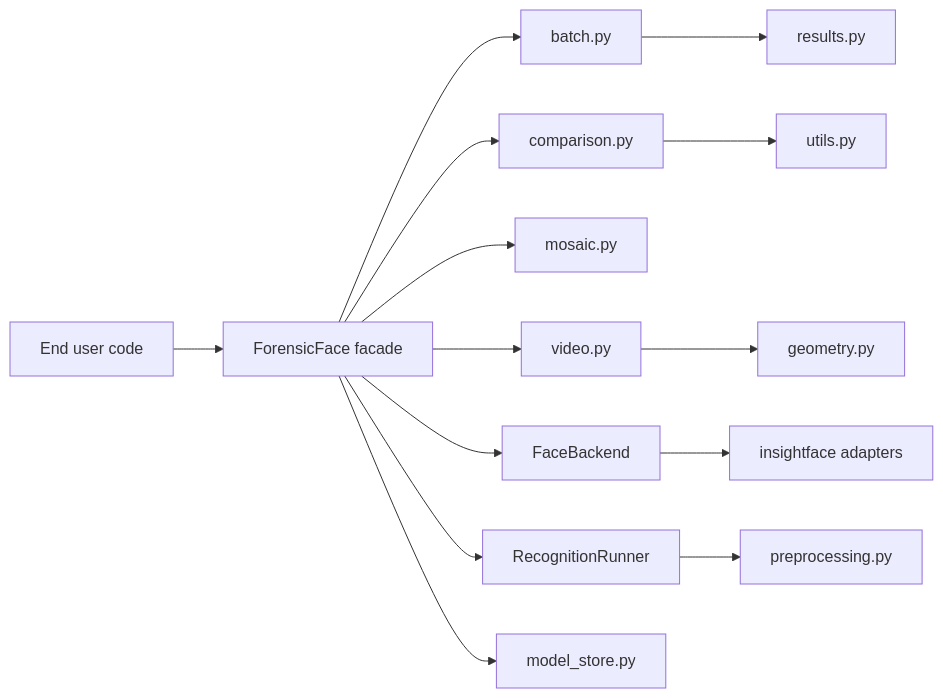
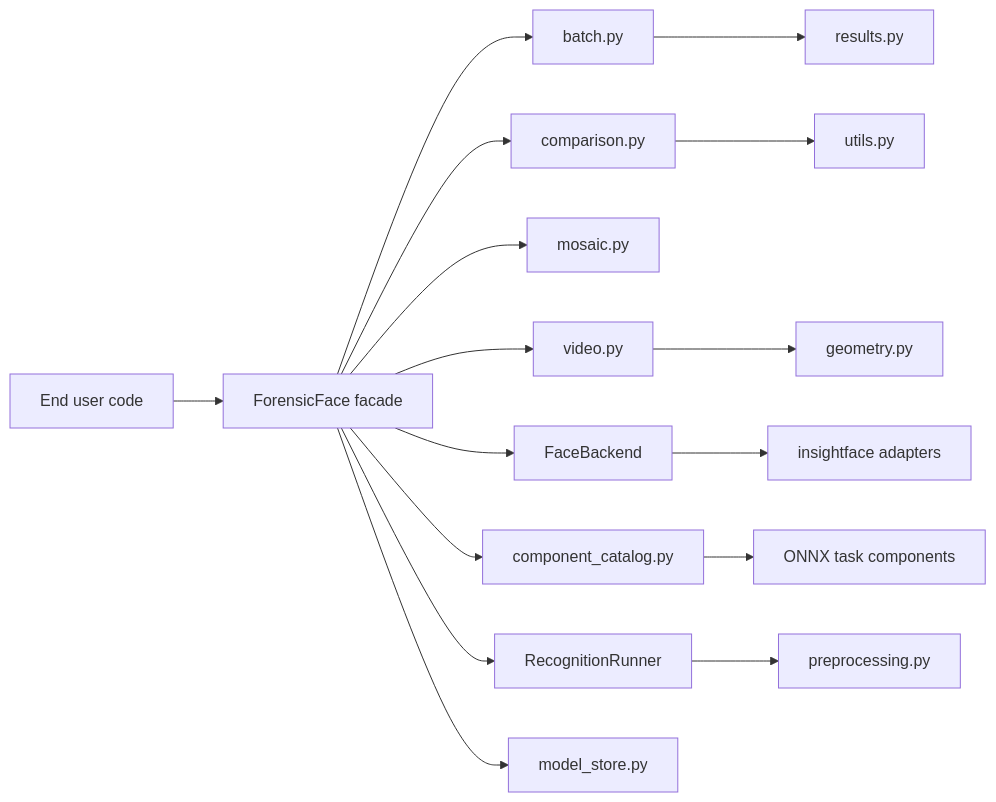
One commit to rafribeiro/forensicface changed the first of 4 diagrams in docs/architecture.md. Above: the diagram before and after it, drawn with Mermaid. The commit also changed other lines of this file and 26 other files, not shown here.

````diff
--- a/docs/architecture.md
+++ b/docs/architecture.md
@@ -24,16 +25,18 @@
 ```mermaid
 flowchart LR
     User[End user code] --> FF[ForensicFace facade]
     FF --> Batch[batch.py]
     FF --> Compare[comparison.py]
     FF --> Mosaic[mosaic.py]
     FF --> Video[video.py]
     FF --> Backend[FaceBackend]
+    FF --> Catalog[component_catalog.py]
     FF --> Runner[RecognitionRunner]
     FF --> Store[model_store.py]
     Backend --> Insight[insightface adapters]
+    Catalog --> Components[ONNX task components]
     Runner --> Pre[preprocessing.py]
     Batch --> Results[results.py]
     Compare --> Utils[utils.py]
     Video --> Geometry[geometry.py]
 ```
````
